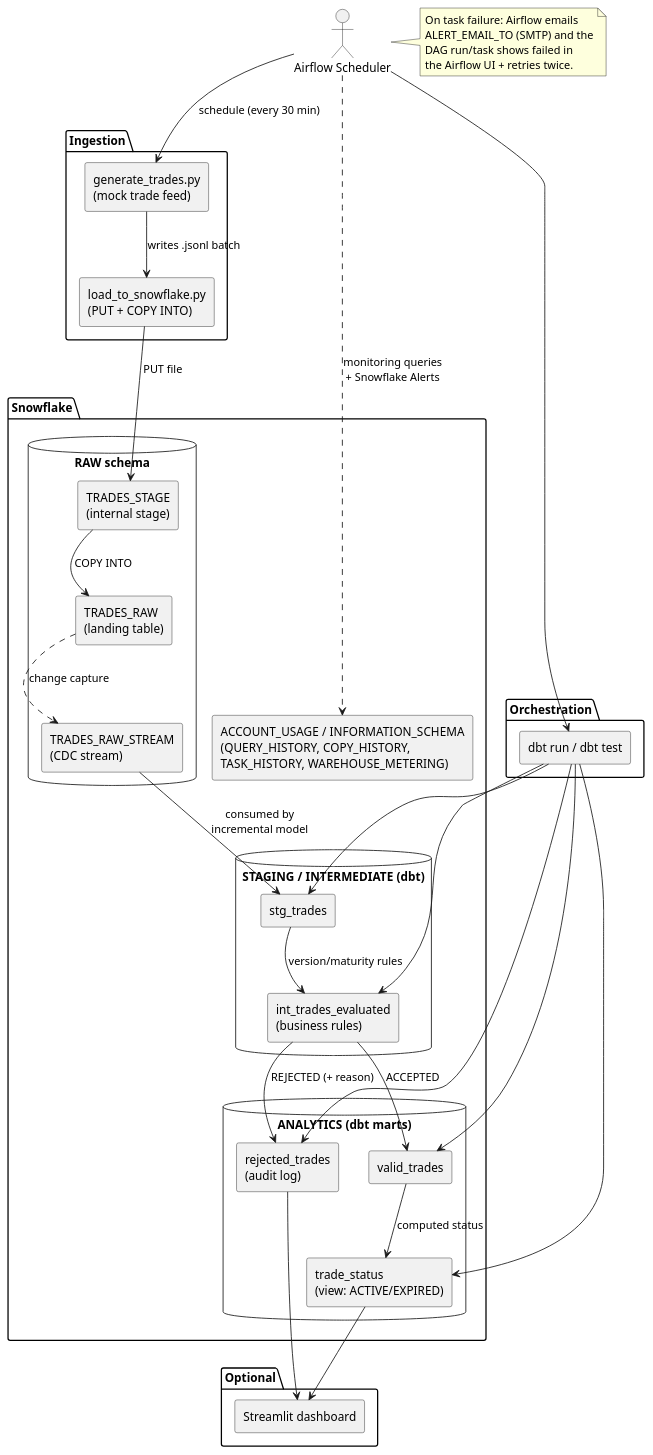
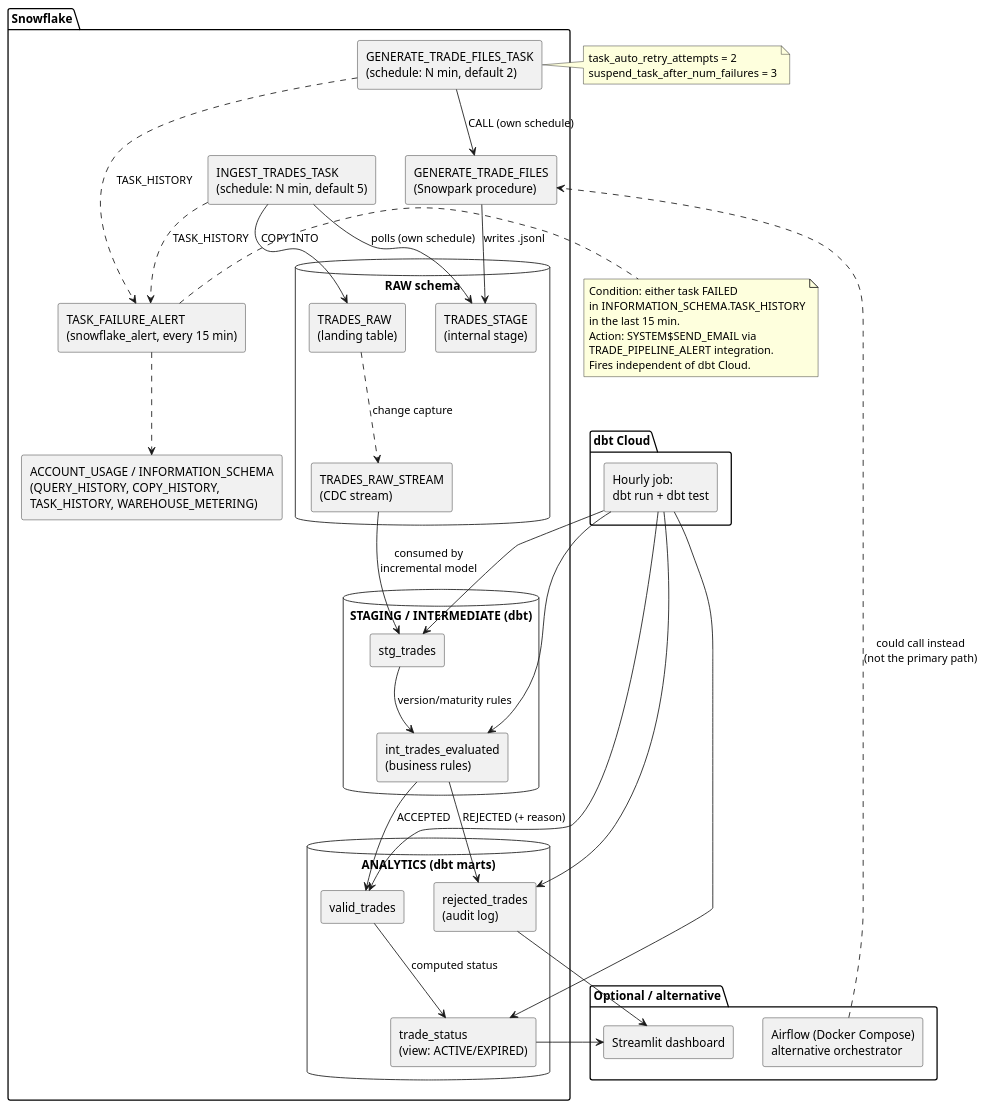
The diagram in docs/architecture.puml (praveen152354/Trade_Analytics), drawn with PlantUML before and after one commit. The commit also changed 11 other files, not shown here.

Commit message:
Add Snowflake-native orchestration (Snowpark generation proc, Tasks, failure Alert) and dbt Cloud scheduling; keep Airflow as a documented alternative

```diff
--- a/docs/architecture.puml
+++ b/docs/architecture.puml
@@ -1,71 +1,79 @@
 @startuml architecture
 skinparam componentStyle rectangle
 skinparam backgroundColor white
 
-actor "Airflow Scheduler" as AF
+package "Snowflake" {
+  component "GENERATE_TRADE_FILES\n(Snowpark procedure)" as PROC
+  component "GENERATE_TRADE_FILES_TASK\n(schedule: N min, default 2)" as GENTASK
+  component "INGEST_TRADES_TASK\n(schedule: N min, default 5)" as INGESTTASK
 
-package "Ingestion" {
-  component "generate_trades.py\n(mock trade feed)" as GEN
-  component "load_to_snowflake.py\n(PUT + COPY INTO)" as LOAD
-}
-
-package "Snowflake" {
   database "RAW schema" {
     [TRADES_STAGE\n(internal stage)] as STAGE
     [TRADES_RAW\n(landing table)] as RAWTBL
     [TRADES_RAW_STREAM\n(CDC stream)] as STREAM
   }
 
   database "STAGING / INTERMEDIATE (dbt)" {
     [stg_trades] as STG
     [int_trades_evaluated\n(business rules)] as EVAL
   }
 
   database "ANALYTICS (dbt marts)" {
     [valid_trades] as VALID
     [rejected_trades\n(audit log)] as REJ
     [trade_status\n(view: ACTIVE/EXPIRED)] as STATUS
   }
 
+  [TASK_FAILURE_ALERT\n(snowflake_alert, every 15 min)] as ALERT
   [ACCOUNT_USAGE / INFORMATION_SCHEMA\n(QUERY_HISTORY, COPY_HISTORY,\nTASK_HISTORY, WAREHOUSE_METERING)] as ADMIN
 }
 
-package "Orchestration" {
-  [dbt run / dbt test] as DBT
+package "dbt Cloud" {
+  [Hourly job:\ndbt run + dbt test] as DBT
 }
 
-package "Optional" {
+package "Optional / alternative" {
   [Streamlit dashboard] as DASH
+  [Airflow (Docker Compose)\nalternative orchestrator] as AF
 }
 
-AF --> GEN : schedule (every 30 min)
-GEN --> LOAD : writes .jsonl batch
-LOAD --> STAGE : PUT file
-STAGE --> RAWTBL : COPY INTO
+GENTASK --> PROC : CALL (own schedule)
+PROC --> STAGE : writes .jsonl
+INGESTTASK --> STAGE : polls (own schedule)
+INGESTTASK --> RAWTBL : COPY INTO
 RAWTBL ..> STREAM : change capture
-AF --> DBT
 STREAM --> STG : consumed by\nincremental model
 STG --> EVAL : version/maturity rules
 EVAL --> VALID : ACCEPTED
 EVAL --> REJ : REJECTED (+ reason)
 VALID --> STATUS : computed status
 DBT --> STG
 DBT --> EVAL
 DBT --> VALID
 DBT --> REJ
 DBT --> STATUS
 
 STATUS --> DASH
 REJ --> DASH
 
-RAWTBL -[hidden]-> ADMIN
-AF ..> ADMIN : monitoring queries\n+ Snowflake Alerts
+GENTASK ..> ALERT : TASK_HISTORY
+INGESTTASK ..> ALERT : TASK_HISTORY
+ALERT ..> ADMIN
 
-note right of AF
-  On task failure: Airflow emails
-  ALERT_EMAIL_TO (SMTP) and the
-  DAG run/task shows failed in
-  the Airflow UI + retries twice.
+AF ..> PROC : could call instead\n(not the primary path)
+
+note right of ALERT
+  Condition: either task FAILED
+  in INFORMATION_SCHEMA.TASK_HISTORY
+  in the last 15 min.
+  Action: SYSTEM$SEND_EMAIL via
+  TRADE_PIPELINE_ALERT integration.
+  Fires independent of dbt Cloud.
+end note
+
+note right of GENTASK
+  task_auto_retry_attempts = 2
+  suspend_task_after_num_failures = 3
 end note
 
 @enduml
```
